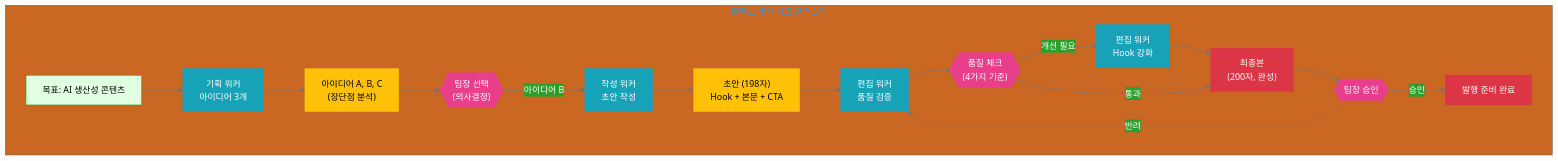
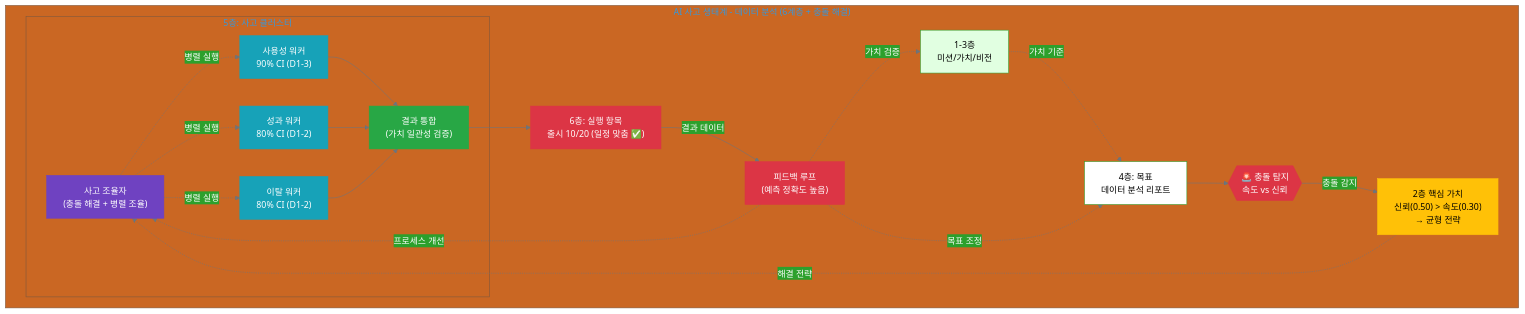
One commit to wooxist/ai-instructions changed the second of 2 diagrams in book/vol-2-part-4-chapter-11.md. Above: the diagram before and after it, drawn with Mermaid. The commit also changed other lines of this file and 14 other files, not shown here.

````diff
--- a/book/vol-2-part-4-chapter-11.md
+++ b/book/vol-2-part-4-chapter-11.md
@@ -1188,41 +1326,73 @@
 ```mermaid
 %%{init: {
   'theme': 'base',
   'themeVariables': {
     'primaryColor': '#1f77b4',
     'primaryTextColor': '#ffffff',
     'primaryBorderColor': '#1f77b4',
     'lineColor': '#6c757d',
     'background': 'transparent',
     'edgeLabelBackground': '#2ca02c'
   }
 }}%%
-graph TD
-    subgraph "콘텐츠 생성 사고 클러스터"
-        Goal["목표: AI 생산성 콘텐츠"] --> Plan["기획 워커<br/>아이디어 3개"]
-        Plan --> Ideas["아이디어 A, B, C<br/>(장단점 분석)"]
-        Ideas --> Decision{{"팀장 선택<br/>(의사결정)"}}
-        Decision -->|"아이디어 B"| Write["작성 워커<br/>초안 작성"]
-        Write --> Draft["초안 (198자)<br/>Hook + 본문 + CTA"]
-        Draft --> Edit["편집 워커<br/>품질 검증"]
-        Edit --> QC{{"품질 체크<br/>(4가지 기준)"}}
-        QC -->|"개선 필요"| Improve["편집 워커<br/>Hook 강화"]
-        Improve --> Final["최종본<br/>(200자, 완성)"]
-        QC -->|"통과"| Final
-        Final --> Approval{{"팀장 승인"}}
-        Approval -->|"승인"| Publish["발행 준비 완료"]
-        Approval -.->|"반려"| Edit
+graph TB
+    subgraph "AI 사고 생태계 - 데이터 분석 (6계층 + 충돌 해결)"
+        M["1-3층<br/>미션/가치/비전"]
+        
+        G["4층: 목표<br/>데이터 분석 리포트"]
+        
+        Conflict{{"🚨 충돌 탐지<br/>속도 vs 신뢰"}}
+        
+        Resolution["2층 핵심 가치<br/>신뢰(0.50) > 속도(0.30)<br/>→ 균형 전략"]
+        
+        subgraph "5층: 사고 클러스터"
+            TC["사고 조율자<br/>(충돌 해결 + 병렬 조율)"]
+            
+            W1["사용성 워커<br/>90% CI (D1-3)"]
+            W2["성과 워커<br/>80% CI (D1-2)"]
+            W3["이탈 워커<br/>80% CI (D1-2)"]
+            
+            TC -.->|"병렬 실행"| W1
+            TC -.->|"병렬 실행"| W2
+            TC -.->|"병렬 실행"| W3
+            
+            Integrate["결과 통합<br/>(가치 일관성 검증)"]
+            
+            W1 --> Integrate
+            W2 --> Integrate
+            W3 --> Integrate
+        end
+        
+        E["6층: 실행 항목<br/>출시 10/20 (일정 맞춤 ✅)"]
+        
+        F["피드백 루프<br/>(예측 정확도 높음)"]
+        
+        M -.->|"가치 기준"| G
+        G --> Conflict
+        Conflict -->|"충돌 감지"| Resolution
+        Resolution -.->|"해결 전략"| TC
+        Integrate --> E
+        E -->|"결과 데이터"| F
+        F -.->|"프로세스 개선"| TC
+        F -.->|"목표 조정"| G
+        F -.->|"가치 검증"| M
     end
     
-    classDef goal fill:#e1ffe1,stroke:#2ca02c,color:#000;
+    classDef strategic fill:#e1ffe1,stroke:#2ca02c,color:#000;
+    classDef goal fill:#fff,stroke:#2ca02c,color:#000;
+    classDef conflict fill:#dc3545,stroke:#dc3545,color:#fff;
+    classDef resolution fill:#ffc107,stroke:#ffc107,color:#000;
+    classDef coordinator fill:#6f42c1,stroke:#6f42c1,color:#fff;
     classDef worker fill:#17a2b8,stroke:#17a2b8,color:#fff;
-    classDef decision fill:#e83e8c,stroke:#e83e8c,color:#fff;
-    classDef artifact fill:#ffc107,stroke:#ffc107,color:#000;
+    classDef integrate fill:#28a745,stroke:#28a745,color:#fff;
     classDef final fill:#dc3545,stroke:#dc3545,color:#fff;
     
-    class Goal goal;
-    class Plan,Write,Edit,Improve worker;
-    class Decision,QC,Approval decision;
-    class Ideas,Draft artifact;
-    class Final,Publish final;
+    class M strategic;
+    class G goal;
+    class Conflict conflict;
+    class Resolution resolution;
+    class TC coordinator;
+    class W1,W2,W3 worker;
+    class Integrate integrate;
+    class E,F final;
 ```
````
